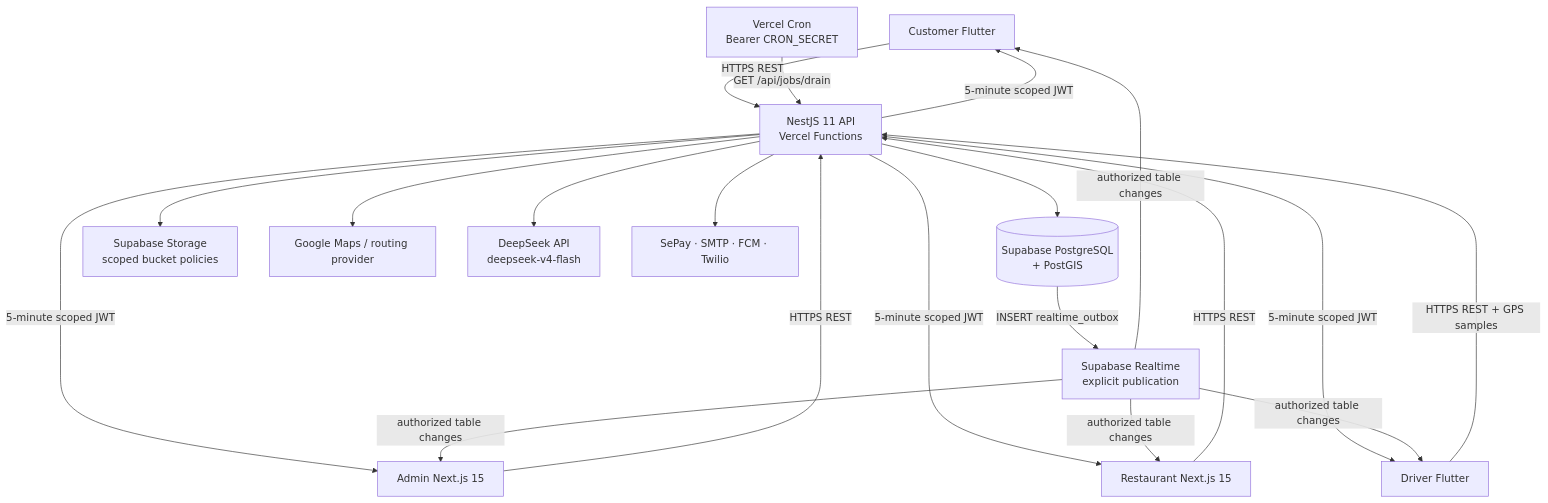
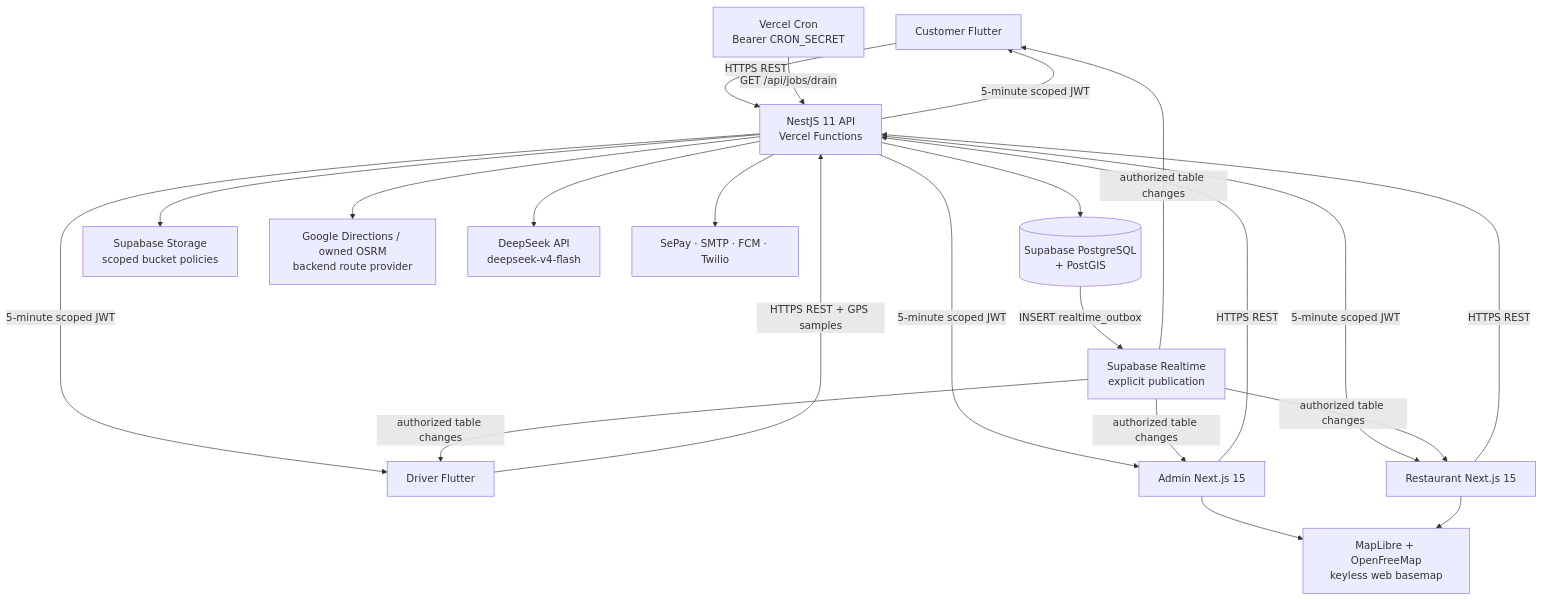
The first of 4 diagrams in docs/system-architecture.md (JasonTM17/FoodDelivery_App), drawn with Mermaid before and after one commit. The commit also changed 8 other files, not shown here.

Commit message:
docs(maps): document the no-billing map stack

````diff
--- a/docs/system-architecture.md
+++ b/docs/system-architecture.md
@@ -11,35 +11,38 @@
 ```mermaid
 flowchart TB
     Customer["Customer Flutter"]
     Driver["Driver Flutter"]
     Admin["Admin Next.js 15"]
     Restaurant["Restaurant Next.js 15"]
     API["NestJS 11 API\nVercel Functions"]
     Cron["Vercel Cron\nBearer CRON_SECRET"]
     DB[("Supabase PostgreSQL\n+ PostGIS")]
     Realtime["Supabase Realtime\nexplicit publication"]
     Storage["Supabase Storage\nscoped bucket policies"]
-    Maps["Google Maps / routing provider"]
+    Basemap["MapLibre + OpenFreeMap\nkeyless web basemap"]
+    Routing["Google Directions / owned OSRM\nbackend route provider"]
     AI["DeepSeek API\ndeepseek-v4-flash"]
     Integrations["SePay · SMTP · FCM · Twilio"]
 
     Customer -->|HTTPS REST| API
     Driver -->|HTTPS REST + GPS samples| API
     Admin -->|HTTPS REST| API
     Restaurant -->|HTTPS REST| API
+    Admin --> Basemap
+    Restaurant --> Basemap
     API --> DB
     API --> Storage
-    API --> Maps
+    API --> Routing
     API --> AI
     API --> Integrations
     Cron -->|GET /api/jobs/drain| API
     DB -->|INSERT realtime_outbox| Realtime
     API -->|5-minute scoped JWT| Admin
     API -->|5-minute scoped JWT| Restaurant
     API -->|5-minute scoped JWT| Customer
     API -->|5-minute scoped JWT| Driver
     Realtime -->|authorized table changes| Admin
     Realtime -->|authorized table changes| Restaurant
     Realtime -->|authorized table changes| Customer
     Realtime -->|authorized table changes| Driver
 ```
````
